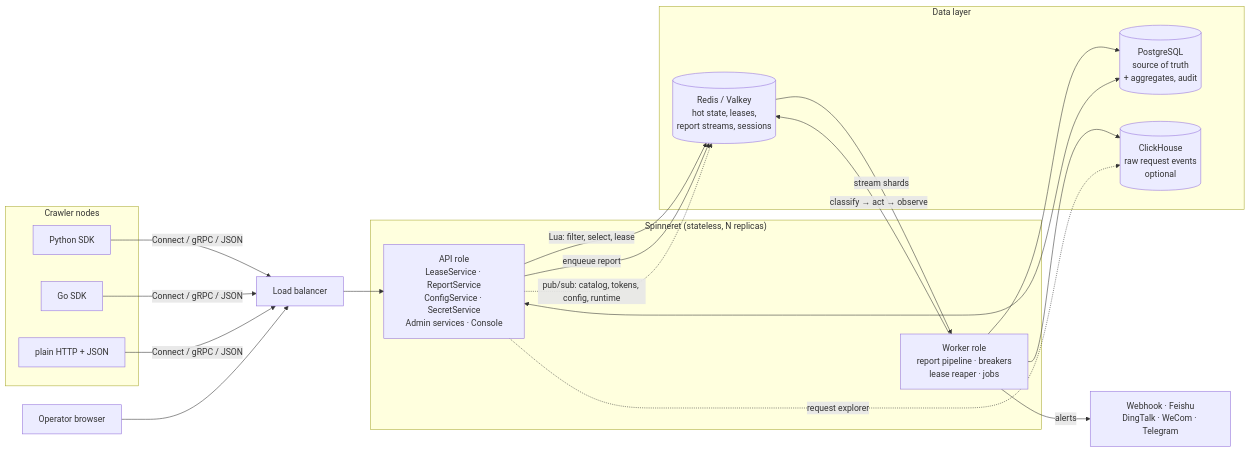
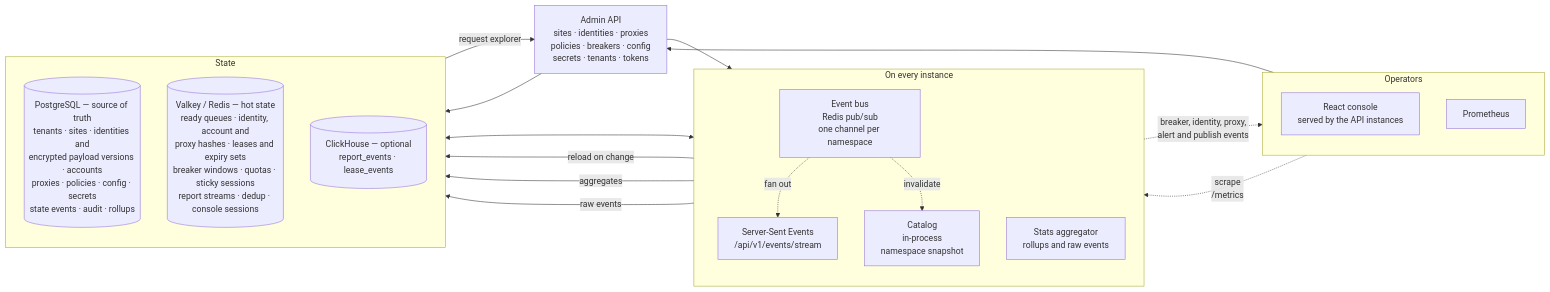
Before and after one commit to TikHub/Spinneret: the third of 12 diagrams in README.md, drawn with Mermaid. The commit also changed other lines of this file and 9 other files, not shown here.

````diff
--- a/README.md
+++ b/README.md
@@ -75,33 +214,38 @@
 ```mermaid
 flowchart LR
-    subgraph nodes["Crawler nodes"]
-        PY["Python SDK"]
-        GO["Go SDK"]
-        HTTP["plain HTTP + JSON"]
+    subgraph OPS["Operators"]
+        direction TB
+        UI["React console<br/>served by the API instances"]
+        PROM["Prometheus"]
     end
 
-    subgraph plane["Spinneret (stateless, N replicas)"]
-        API["API role<br/>LeaseService · ReportService<br/>ConfigService · SecretService<br/>Admin services · Console"]
-        WRK["Worker role<br/>report pipeline · breakers<br/>lease reaper · jobs"]
+    ADMINAPI["Admin API<br/>sites · identities · proxies<br/>policies · breakers · config<br/>secrets · tenants · tokens"]
+
+    subgraph EVERY["On every instance"]
+        direction TB
+        SSE["Server-Sent Events<br/>/api/v1/events/stream"]
+        BUS["Event bus<br/>Redis pub/sub<br/>one channel per namespace"]
+        CAT["Catalog<br/>in-process<br/>namespace snapshot"]
+        STATS["Stats aggregator<br/>rollups and raw events"]
     end
 
-    subgraph data["Data layer"]
-        RD[("Redis / Valkey<br/>hot state, leases,<br/>report streams, sessions")]
-        PG[("PostgreSQL<br/>source of truth<br/>+ aggregates, audit")]
-        CH[("ClickHouse<br/>raw request events<br/>optional")]
+    subgraph STATE["State"]
+        direction TB
+        PG[("PostgreSQL — source of truth<br/>tenants · sites · identities and<br/>encrypted payload versions · accounts<br/>proxies · policies · config · secrets<br/>state events · audit · rollups")]
+        RD[("Valkey / Redis — hot state<br/>ready queues · identity, account and<br/>proxy hashes · leases and expiry sets<br/>breaker windows · quotas · sticky sessions<br/>report streams · dedup · console sessions")]
+        CH[("ClickHouse — optional<br/>report_events · lease_events")]
     end
 
-    PY & GO & HTTP -->|Connect / gRPC / JSON| LB["Load balancer"]
-    LB --> API
-    API -->|"Lua: filter, select, lease"| RD
-    API -->|"enqueue report"| RD
-    RD -->|"stream shards"| WRK
-    WRK -->|"classify → act → observe"| RD
-    WRK --> PG
-    WRK --> CH
-    API <--> PG
-    API -.->|"request explorer"| CH
-    API -.->|"pub/sub: catalog, tokens, config, runtime"| RD
-    WRK -->|alerts| NOTIFY["Webhook · Feishu<br/>DingTalk · WeCom · Telegram"]
-    BROWSER["Operator browser"] --> LB
+    UI --> ADMINAPI
+    PROM -.->|"scrape<br/>/metrics"| EVERY
+    ADMINAPI --> SSE
+    ADMINAPI --> PG
+    SSE -.->|"breaker, identity, proxy,<br/>alert and publish events"| UI
+    BUS <--> RD
+    BUS -.->|"invalidate"| CAT
+    BUS -.->|"fan out"| SSE
+    CAT -->|"reload on change"| PG
+    STATS -->|"aggregates"| PG
+    STATS -->|"raw events"| CH
+    CH -->|"request explorer"| ADMINAPI
 ```
````
